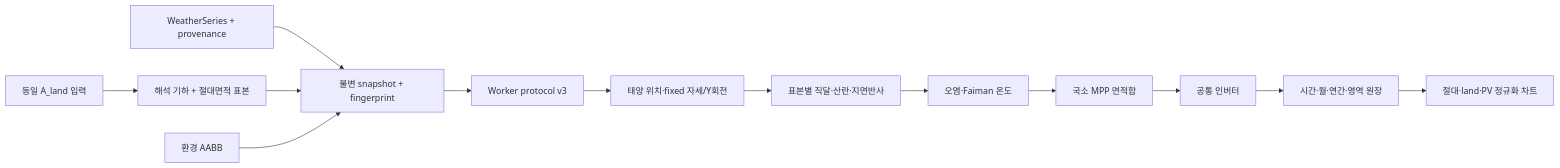
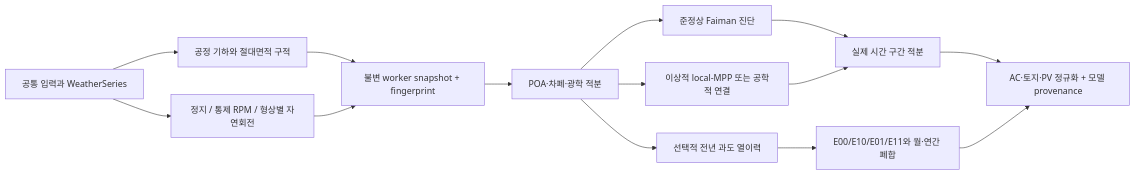
Before and after one commit to mjayj9/science_simulation_1: the diagram in docs/architecture.md, drawn with Mermaid. The commit also changed other lines of this file and 69 other files, not shown here.

````diff
--- a/docs/architecture.md
+++ b/docs/architecture.md
@@ -85,15 +15,16 @@
 ```mermaid
 flowchart LR
-  UI["동일 A_land 입력"] --> GEO["해석 기하 + 절대면적 표본"]
-  WX["WeatherSeries + provenance"] --> SNAP["불변 snapshot + fingerprint"]
-  GEO --> SNAP
-  OBS["환경 AABB"] --> SNAP
-  SNAP --> WK["Worker protocol v3"]
-  WK --> SUN["태양 위치·fixed 자세/Y회전"]
-  SUN --> POA["표본별 직달·산란·지면반사"]
-  POA --> TEMP["오염·Faiman 온도"]
-  TEMP --> MPP["국소 MPP 면적합"]
-  MPP --> INV["공통 인버터"]
-  INV --> SUM["시간·월·연간·영역 원장"]
-  SUM --> VIEW["절대·land·PV 정규화 차트"]
+  IN["공통 입력과 WeatherSeries"] --> GEO["공정 기하와 절대면적 구적"]
+  IN --> ROT["정지 / 통제 RPM / 형상별 자연회전"]
+  GEO --> SNAP["불변 worker snapshot + fingerprint"]
+  ROT --> SNAP
+  SNAP --> OPT["POA·차폐·광학 적분"]
+  OPT --> ELEC["이상적 local-MPP 또는 공학적 연결"]
+  OPT --> QS["준정상 Faiman 진단"]
+  OPT --> TR["선택적 전년 과도 열이력"]
+  QS --> ANNUAL["실제 시간 구간 적분"]
+  TR --> E4["E00/E10/E01/E11와 월·연간 폐합"]
+  ELEC --> ANNUAL
+  ANNUAL --> REPORT["AC·토지·PV 정규화 + 모델 provenance"]
+  E4 --> REPORT
 ```
````
